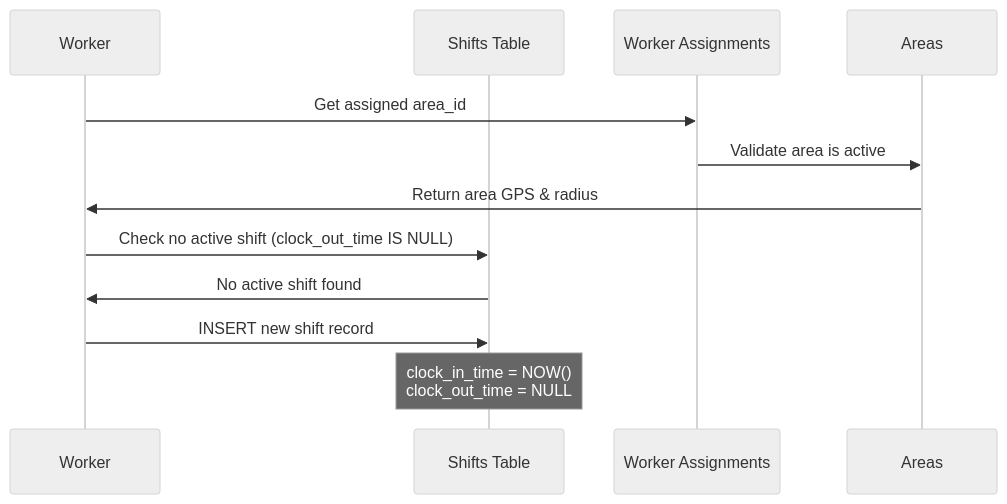
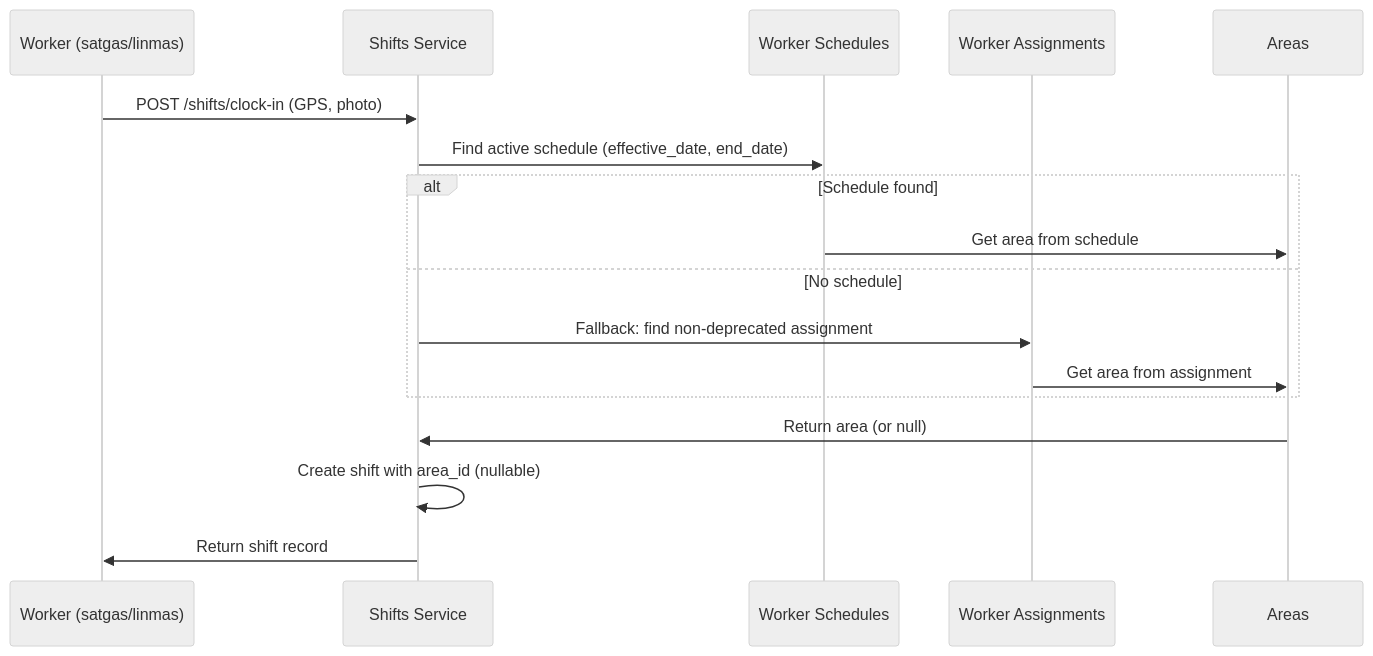
The seventh of 9 diagrams in specs/database/erd.md (dlhsby/sekar), drawn with Mermaid (neutral theme) before and after one commit. The commit also changed other lines of this file and 24 other files, not shown here.

````diff
--- a/specs/database/erd.md
+++ b/specs/database/erd.md
@@ -610,15 +534,20 @@
 ```mermaid
 sequenceDiagram
-    participant W as Worker
-    participant S as Shifts Table
+    participant W as Worker (satgas/linmas)
+    participant S as Shifts Service
+    participant WS as Worker Schedules
     participant WA as Worker Assignments
     participant A as Areas
 
-    W->>WA: Get assigned area_id
-    WA->>A: Validate area is active
-    A->>W: Return area GPS & radius
-    W->>S: Check no active shift (clock_out_time IS NULL)
-    S->>W: No active shift found
-    W->>S: INSERT new shift record
-    Note over S: clock_in_time = NOW()<br/>clock_out_time = NULL
+    W->>S: POST /shifts/clock-in (GPS, photo)
+    S->>WS: Find active schedule (effective_date, end_date)
+    alt Schedule found
+        WS->>A: Get area from schedule
+    else No schedule
+        S->>WA: Fallback: find non-deprecated assignment
+        WA->>A: Get area from assignment
+    end
+    A->>S: Return area (or null)
+    S->>S: Create shift with area_id (nullable)
+    S->>W: Return shift record
 ```
````
